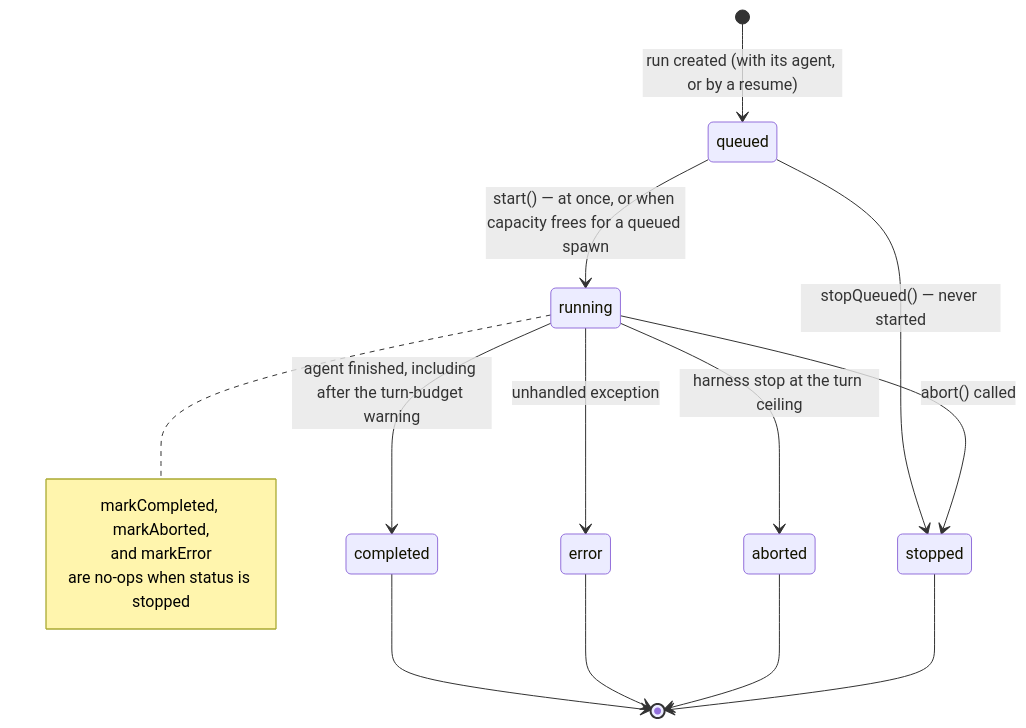
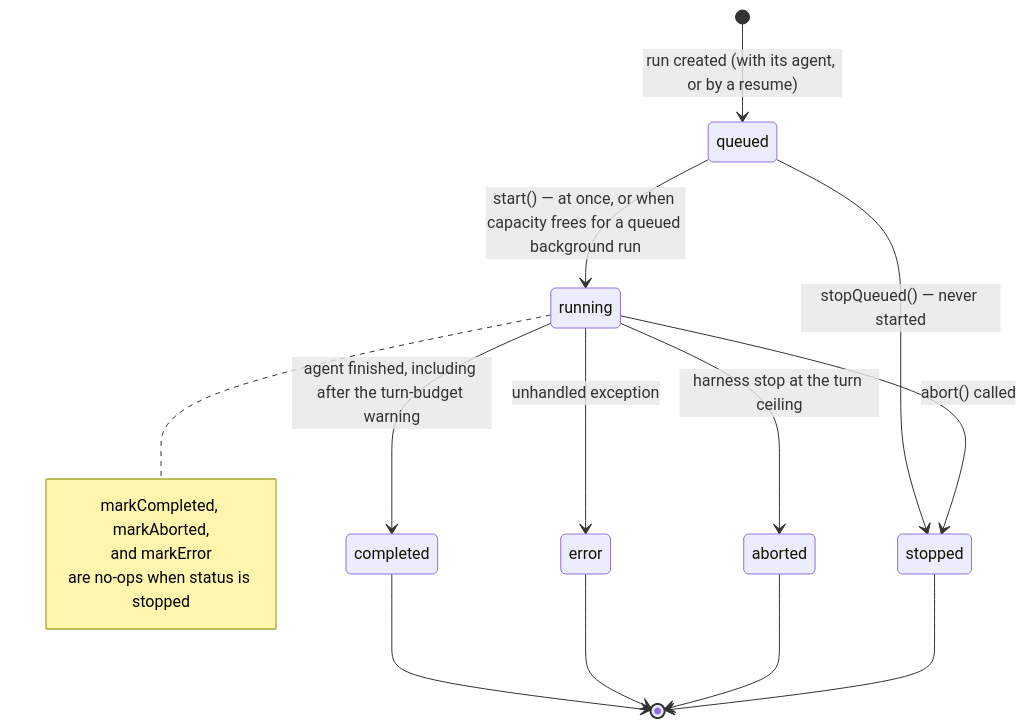
The third of 6 diagrams in docs/architecture/architecture.md (ttdua/pi-subagents), drawn with Mermaid before and after one commit. The commit also changed other lines of this file and 1 other file, not shown here.

````diff
--- a/docs/architecture/architecture.md
+++ b/docs/architecture/architecture.md
@@ -273,20 +273,20 @@
 ```mermaid
 stateDiagram-v2
     [*] --> queued : run created (with its agent, or by a resume)
-    queued --> running : start() — at once, or when capacity frees for a queued spawn
+    queued --> running : start() — at once, or when capacity frees for a queued background run
     queued --> stopped : stopQueued() — never started
     running --> completed : agent finished, including after the turn-budget warning
     running --> error : unhandled exception
     running --> aborted : harness stop at the turn ceiling
     running --> stopped : abort() called
     completed --> [*]
     error --> [*]
     aborted --> [*]
     stopped --> [*]
 
     note right of running
         markCompleted, markAborted,
         and markError
         are no-ops when status is stopped
     end note
 ```
````
